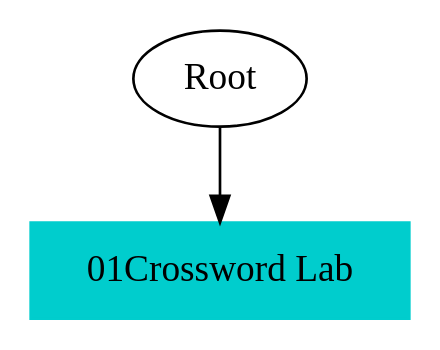
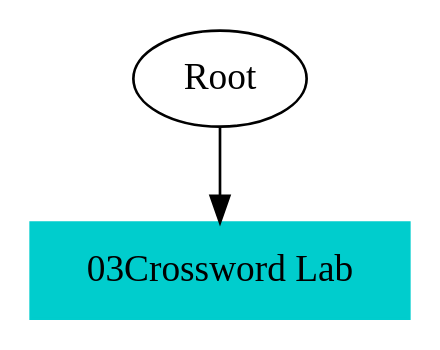
The diagram in TS2TS.gv (mypstom/robotide), drawn with Graphviz before and after one commit. The commit also changed 25 other files, not shown here.

```diff
--- a/TS2TS.gv
+++ b/TS2TS.gv
@@ -1,6 +1,6 @@
 // TS <-> TS
 digraph {
 	Root
-	"01Crossword Lab" [color=cyan3 shape=box style=filled]
-		Root -> "01Crossword Lab"
+	"03Crossword Lab" [color=cyan3 shape=box style=filled]
+		Root -> "03Crossword Lab"
 }
```
